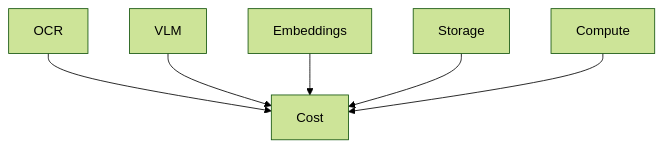
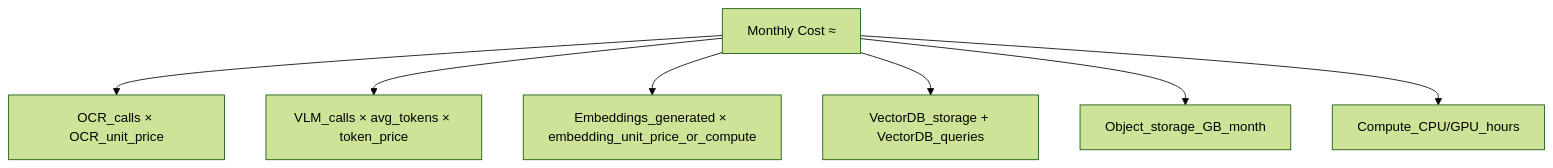
The fifth of 5 diagrams in Image_Processing_and_Understanding.md (debojyoti-sfspl/Image-Processing-Understanding), drawn with Mermaid (forest theme) before and after one commit. The commit also changed other lines of this file, not shown here.

````diff
--- a/Image_Processing_and_Understanding.md
+++ b/Image_Processing_and_Understanding.md
@@ -149,8 +115,17 @@
 ```mermaid
-flowchart TB
-    OCR --> Cost
-    VLM --> Cost
-    Embeddings --> Cost
-    Storage --> Cost
-    Compute --> Cost
+flowchart TD
+    Monthly_Cost["Monthly Cost ≈"]
+    OCR["OCR_calls × OCR_unit_price"]
+    VLM["VLM_calls × avg_tokens × token_price"]
+    Embeddings["Embeddings_generated × embedding_unit_price_or_compute"]
+    VectorDB["VectorDB_storage + VectorDB_queries"]
+    Storage["Object_storage_GB_month"]
+    Compute["Compute_CPU/GPU_hours"]
+    
+    Monthly_Cost --> OCR
+    Monthly_Cost --> VLM
+    Monthly_Cost --> Embeddings
+    Monthly_Cost --> VectorDB
+    Monthly_Cost --> Storage
+    Monthly_Cost --> Compute
 ```
````
